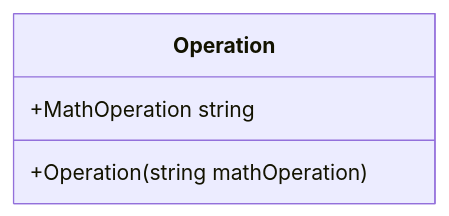
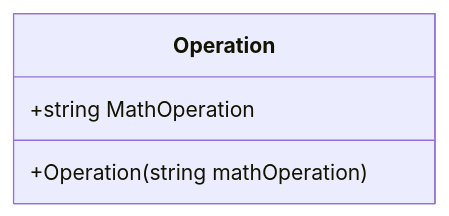
The fourth of 4 diagrams in DependencyInjection/ClassesDiagram.md (thistlehouse/gwcloud-training), drawn with Mermaid before and after one commit.

Commit message:
changed class member type order

````diff
--- a/DependencyInjection/ClassesDiagram.md
+++ b/DependencyInjection/ClassesDiagram.md
@@ -74,7 +74,7 @@
 ```mermaid
 classDiagram
     class Operation {
-        +MathOperation string
+        +string MathOperation
         +Operation(string mathOperation)
     }
 ```
````
